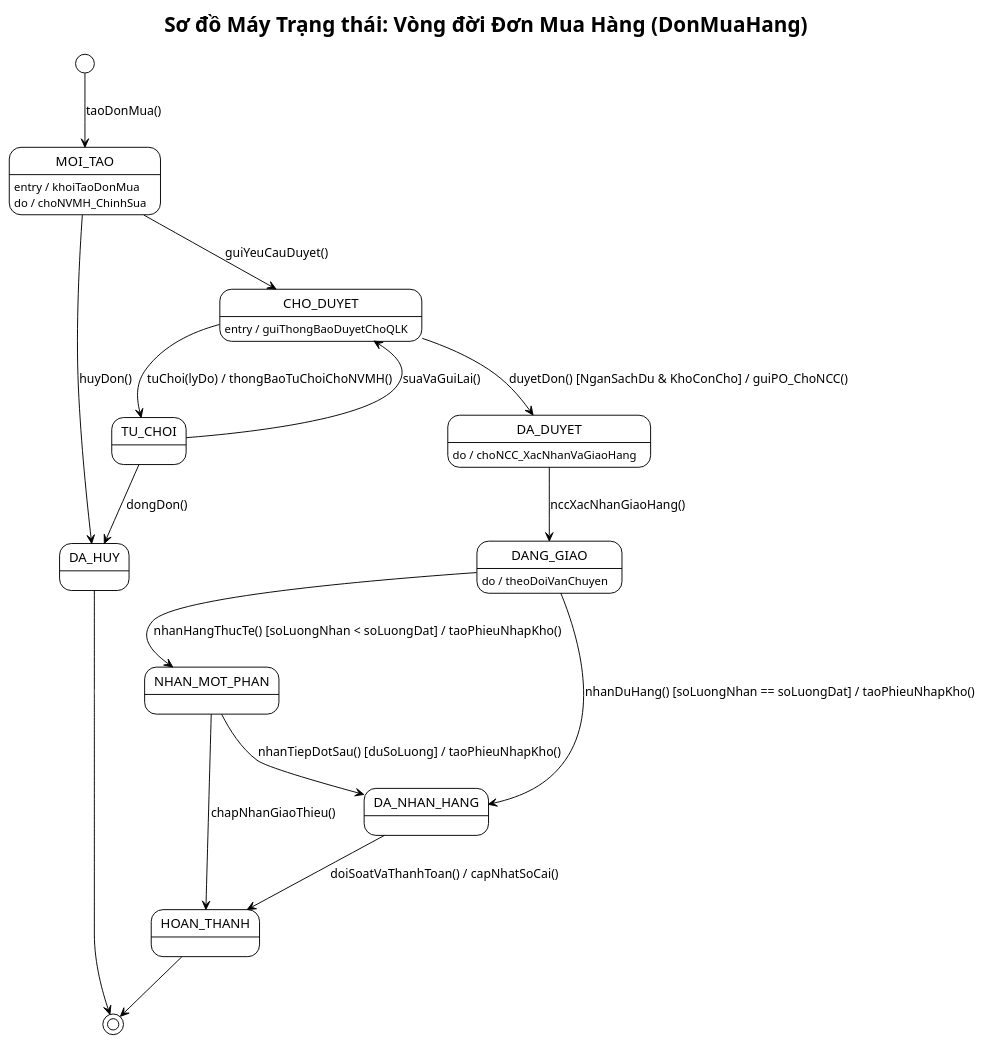
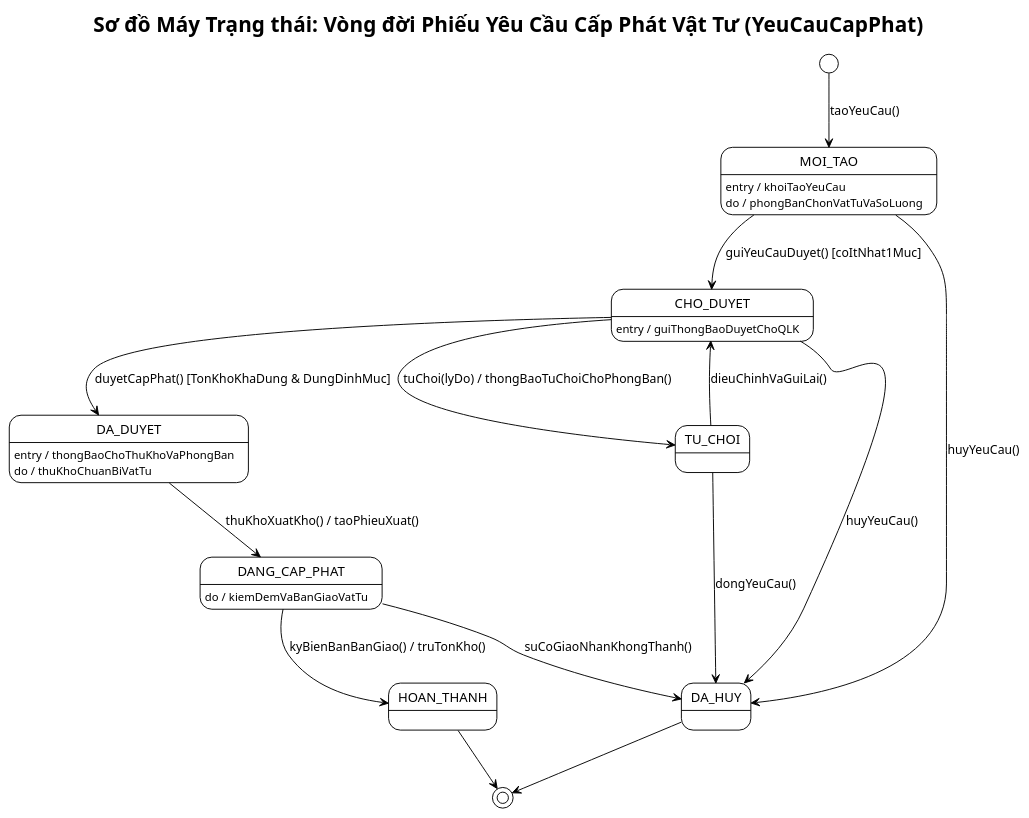
Before and after one commit to vuhoabinh2416137/G8_Quanlysanphamvakhohang: the first of 3 diagrams in BTL-QuanLyKhoHang/plantuml/state-machine.puml, drawn with PlantUML. The commit also changed other lines of this file and 73 other files, not shown here.

Commit message:
refactor: chuyen doi toan bo du an sang Quan ly Kho vat tu noi bo to chuc va bo sung ke hoach phan cong 7 thanh vien

```diff
--- a/BTL-QuanLyKhoHang/plantuml/state-machine.puml
+++ b/BTL-QuanLyKhoHang/plantuml/state-machine.puml
@@ -1,46 +1,43 @@
-@startuml state-don-mua-hang
+@startuml state-yeu-cau-cap-phat
 !theme plain
 skinparam defaultFontName "Arial"
-title Sơ đồ Máy Trạng thái: Vòng đời Đơn Mua Hàng (DonMuaHang)
+title Sơ đồ Máy Trạng thái: Vòng đời Phiếu Yêu Cầu Cấp Phát Vật Tư (YeuCauCapPhat)
 
-[*] --> MOI_TAO : taoDonMua()
+[*] --> MOI_TAO : taoYeuCau()
 
 state MOI_TAO {
-    MOI_TAO : entry / khoiTaoDonMua
-    MOI_TAO : do / choNVMH_ChinhSua
+    MOI_TAO : entry / khoiTaoYeuCau
+    MOI_TAO : do / phongBanChonVatTuVaSoLuong
 }
 
-MOI_TAO --> CHO_DUYET : guiYeuCauDuyet()
-MOI_TAO --> DA_HUY : huyDon()
+MOI_TAO --> CHO_DUYET : guiYeuCauDuyet() [coItNhat1Muc]
+MOI_TAO --> DA_HUY : huyYeuCau()
 
 state CHO_DUYET {
     CHO_DUYET : entry / guiThongBaoDuyetChoQLK
 }
 
-CHO_DUYET --> DA_DUYET : duyetDon() [NganSachDu & KhoConCho] / guiPO_ChoNCC()
-CHO_DUYET --> TU_CHOI : tuChoi(lyDo) / thongBaoTuChoiChoNVMH()
+CHO_DUYET --> DA_DUYET : duyetCapPhat() [TonKhoKhaDung & DungDinhMuc]
+CHO_DUYET --> TU_CHOI : tuChoi(lyDo) / thongBaoTuChoiChoPhongBan()
+CHO_DUYET --> DA_HUY : huyYeuCau()
 
-TU_CHOI --> CHO_DUYET : suaVaGuiLai()
-TU_CHOI --> DA_HUY : dongDon()
+TU_CHOI --> CHO_DUYET : dieuChinhVaGuiLai()
+TU_CHOI --> DA_HUY : dongYeuCau()
 
 state DA_DUYET {
-    DA_DUYET : do / choNCC_XacNhanVaGiaoHang
+    DA_DUYET : entry / thongBaoChoThuKhoVaPhongBan
+    DA_DUYET : do / thuKhoChuanBiVatTu
 }
 
-DA_DUYET --> DANG_GIAO : nccXacNhanGiaoHang()
+DA_DUYET --> DANG_CAP_PHAT : thuKhoXuatKho() / taoPhieuXuat()
 
-state DANG_GIAO {
-    DANG_GIAO : do / theoDoiVanChuyen
+state DANG_CAP_PHAT {
+    DANG_CAP_PHAT : do / kiemDemVaBanGiaoVatTu
 }
 
-DANG_GIAO --> NHAN_MOT_PHAN : nhanHangThucTe() [soLuongNhan < soLuongDat] / taoPhieuNhapKho()
-DANG_GIAO --> DA_NHAN_HANG : nhanDuHang() [soLuongNhan == soLuongDat] / taoPhieuNhapKho()
-
-NHAN_MOT_PHAN --> DA_NHAN_HANG : nhanTiepDotSau() [duSoLuong] / taoPhieuNhapKho()
-NHAN_MOT_PHAN --> HOAN_THANH : chapNhanGiaoThieu()
-
-DA_NHAN_HANG --> HOAN_THANH : doiSoatVaThanhToan() / capNhatSoCai()
+DANG_CAP_PHAT --> HOAN_THANH : kyBienBanBanGiao() / truTonKho()
+DANG_CAP_PHAT --> DA_HUY : suCoGiaoNhanKhongThanh()
 
 HOAN_THANH --> [*]
 DA_HUY --> [*]
 @enduml
```
